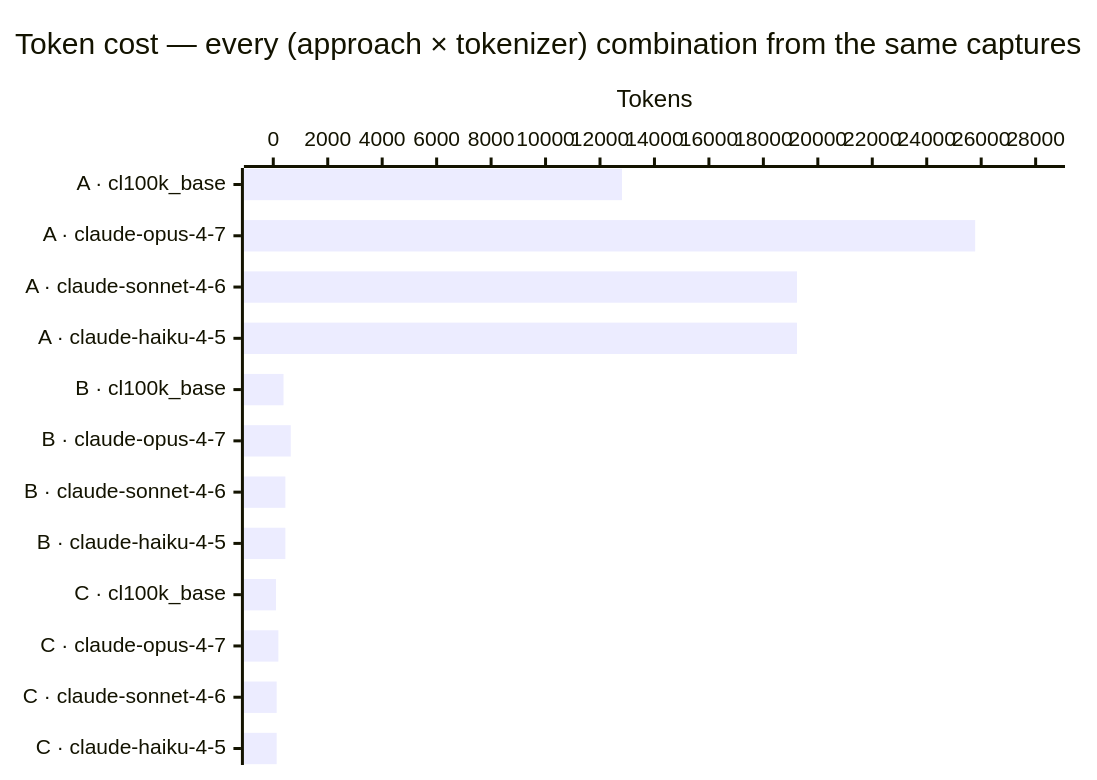
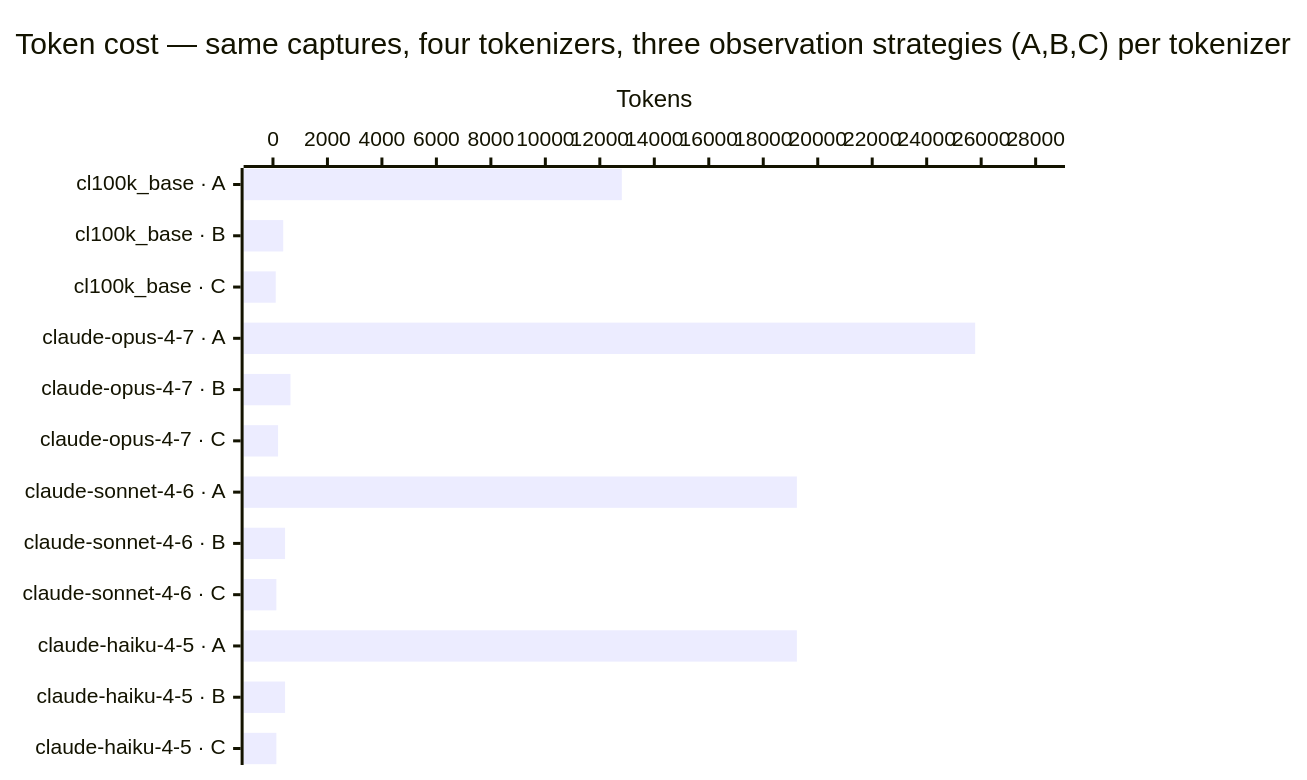
The diagram in README.md (oscardlfr/kmp-test-runner), drawn with Mermaid before and after one commit. The commit also changed other lines of this file and 1 other file, not shown here.

First line of the commit message:
fix(docs): regroup chart bars ABC per tokenizer + explain measurement methodology

````diff
--- a/README.md
+++ b/README.md
@@ -9,7 +9,7 @@
 ```mermaid
 xychart-beta horizontal
-    title "Token cost — every (approach × tokenizer) combination from the same captures"
-    x-axis ["A · cl100k_base", "A · claude-opus-4-7", "A · claude-sonnet-4-6", "A · claude-haiku-4-5", "B · cl100k_base", "B · claude-opus-4-7", "B · claude-sonnet-4-6", "B · claude-haiku-4-5", "C · cl100k_base", "C · claude-opus-4-7", "C · claude-sonnet-4-6", "C · claude-haiku-4-5"]
+    title "Token cost — same captures, four tokenizers, three observation strategies (A,B,C) per tokenizer"
+    x-axis ["cl100k_base · A", "cl100k_base · B", "cl100k_base · C", "claude-opus-4-7 · A", "claude-opus-4-7 · B", "claude-opus-4-7 · C", "claude-sonnet-4-6 · A", "claude-sonnet-4-6 · B", "claude-sonnet-4-6 · C", "claude-haiku-4-5 · A", "claude-haiku-4-5 · B", "claude-haiku-4-5 · C"]
     y-axis "Tokens" 0 --> 28000
-    bar [12807, 25780, 19234, 19234, 376, 642, 444, 444, 101, 187, 125, 125]
+    bar [12807, 376, 101, 25780, 642, 187, 19234, 444, 125, 19234, 444, 125]
 ```
````
